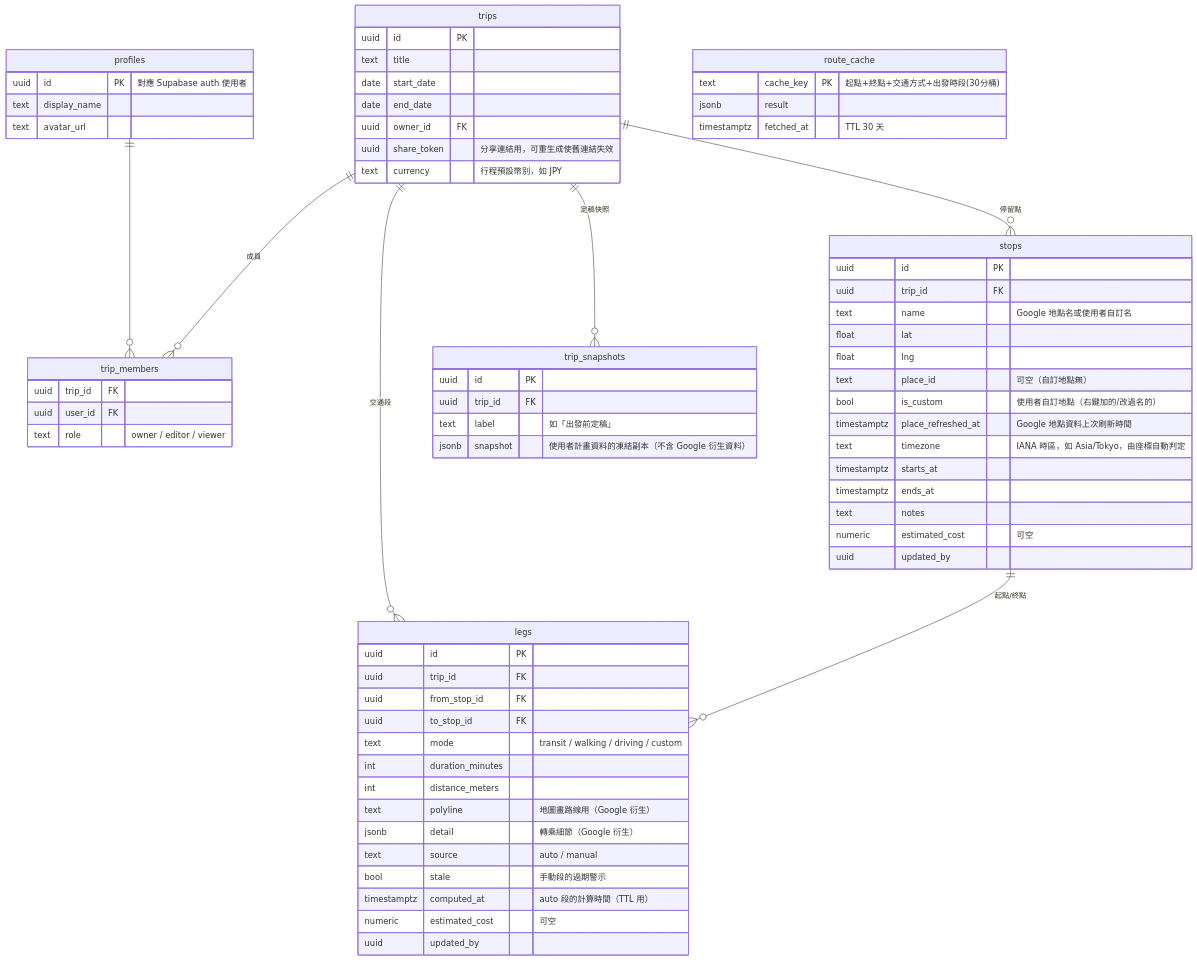
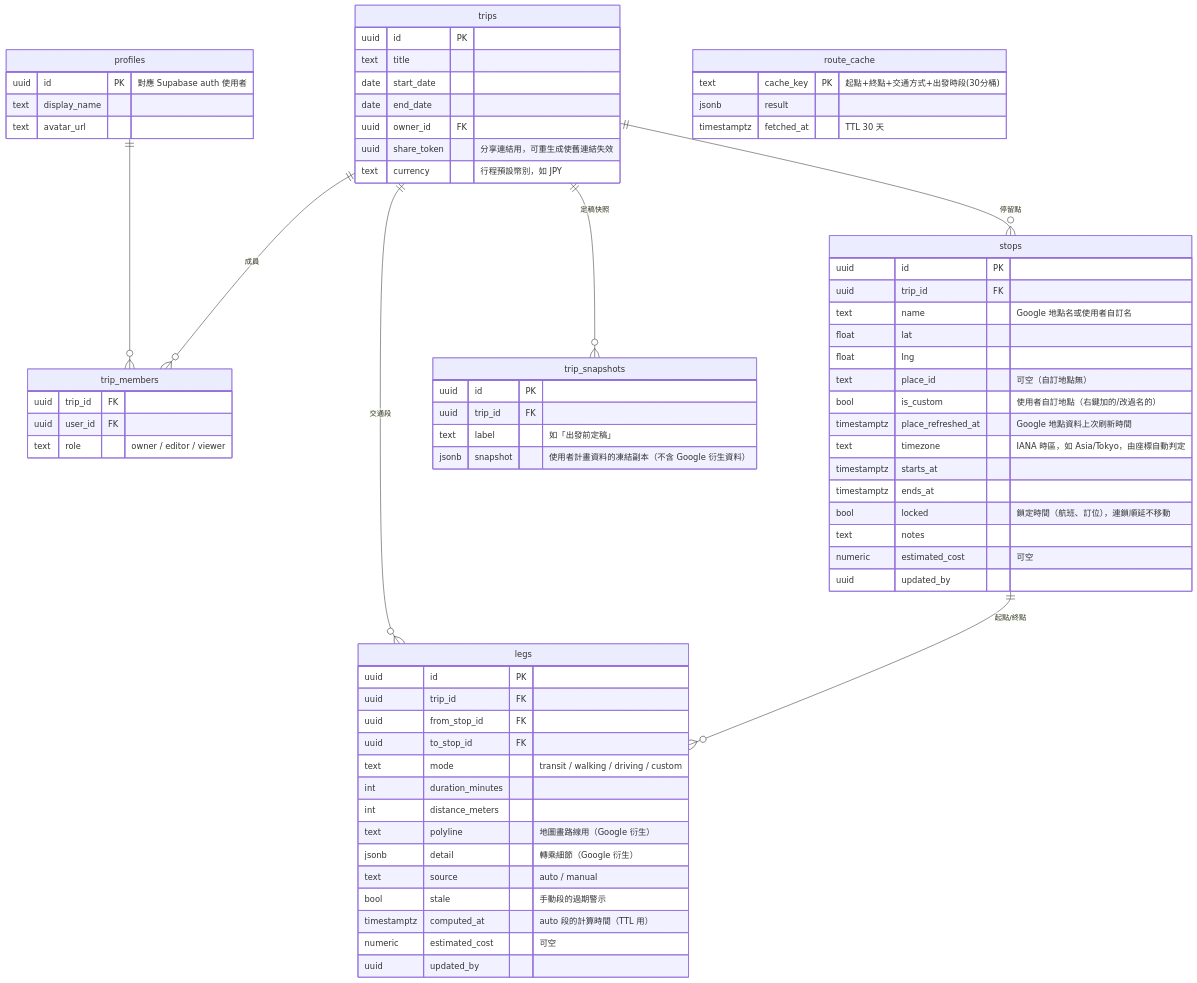
The second of 3 diagrams in docs/superpowers/specs/2026-07-30-travel-planner-design.md (ken19960728ken/travel-planner), drawn with Mermaid before and after one commit. The commit also changed 1 other file, not shown here.

Commit message:
docs: stops 表補 locked 欄位（Task 2 品質審查發現 spec 缺漏）

````diff
--- a/docs/superpowers/specs/2026-07-30-travel-planner-design.md
+++ b/docs/superpowers/specs/2026-07-30-travel-planner-design.md
@@ -91,72 +91,73 @@
 ```mermaid
 erDiagram
     profiles ||--o{ trip_members : ""
     trips ||--o{ trip_members : "成員"
     trips ||--o{ stops : "停留點"
     trips ||--o{ legs : "交通段"
     trips ||--o{ trip_snapshots : "定稿快照"
     stops ||--o{ legs : "起點/終點"
 
     profiles {
         uuid id PK "對應 Supabase auth 使用者"
         text display_name
         text avatar_url
     }
     trips {
         uuid id PK
         text title
         date start_date
         date end_date
         uuid owner_id FK
         uuid share_token "分享連結用，可重生成使舊連結失效"
         text currency "行程預設幣別，如 JPY"
     }
     trip_members {
         uuid trip_id FK
         uuid user_id FK
         text role "owner / editor / viewer"
     }
     stops {
         uuid id PK
         uuid trip_id FK
         text name "Google 地點名或使用者自訂名"
         float lat
         float lng
         text place_id "可空（自訂地點無）"
         bool is_custom "使用者自訂地點（右鍵加的/改過名的）"
         timestamptz place_refreshed_at "Google 地點資料上次刷新時間"
         text timezone "IANA 時區，如 Asia/Tokyo，由座標自動判定"
         timestamptz starts_at
         timestamptz ends_at
+        bool locked "鎖定時間（航班、訂位），連鎖順延不移動"
         text notes
         numeric estimated_cost "可空"
         uuid updated_by
     }
     legs {
         uuid id PK
         uuid trip_id FK
         uuid from_stop_id FK
         uuid to_stop_id FK
         text mode "transit / walking / driving / custom"
         int duration_minutes
         int distance_meters
         text polyline "地圖畫路線用（Google 衍生）"
         jsonb detail "轉乘細節（Google 衍生）"
         text source "auto / manual"
         bool stale "手動段的過期警示"
         timestamptz computed_at "auto 段的計算時間（TTL 用）"
         numeric estimated_cost "可空"
         uuid updated_by
     }
     trip_snapshots {
         uuid id PK
         uuid trip_id FK
         text label "如「出發前定稿」"
         jsonb snapshot "使用者計畫資料的凍結副本（不含 Google 衍生資料）"
     }
     route_cache {
         text cache_key PK "起點+終點+交通方式+出發時段(30分桶)"
         jsonb result
         timestamptz fetched_at "TTL 30 天"
     }
 ```
````
